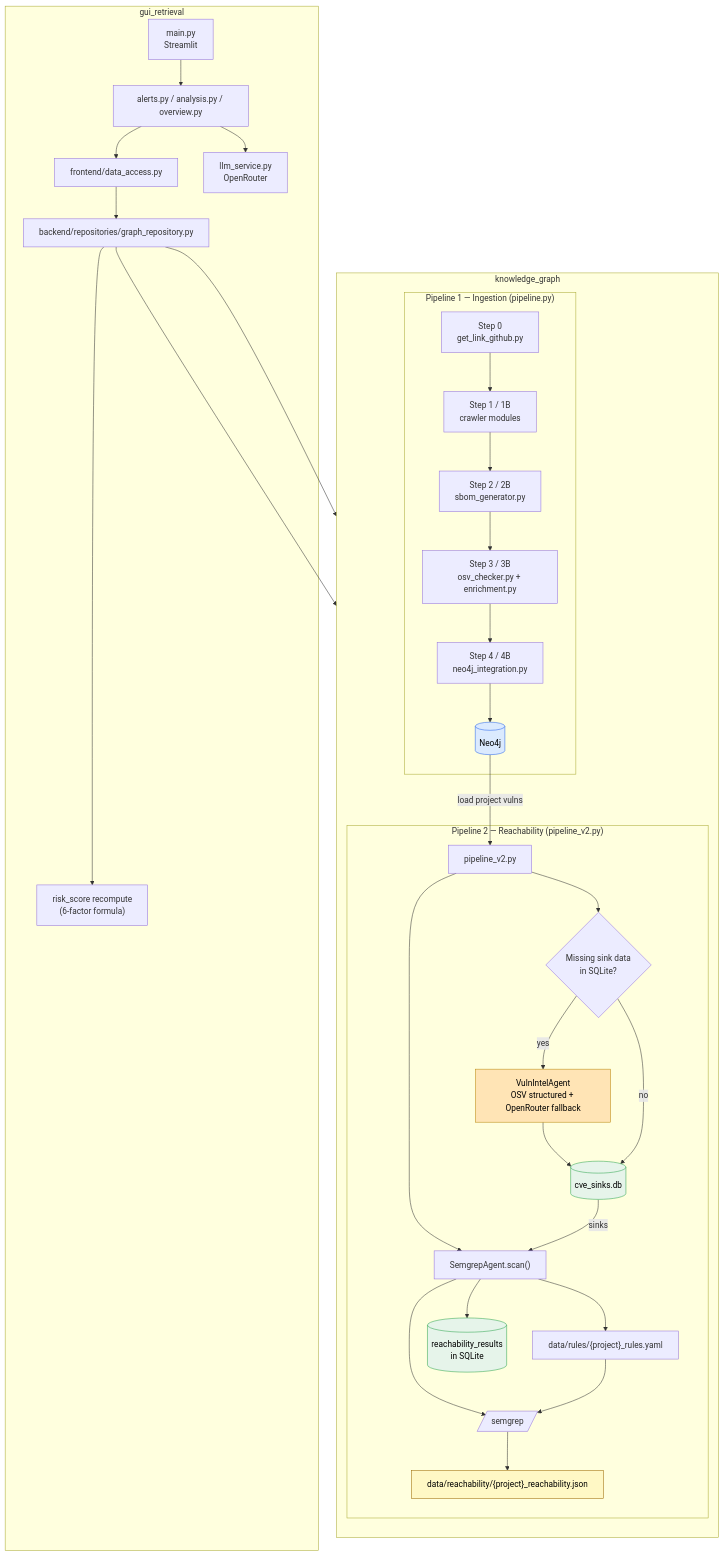
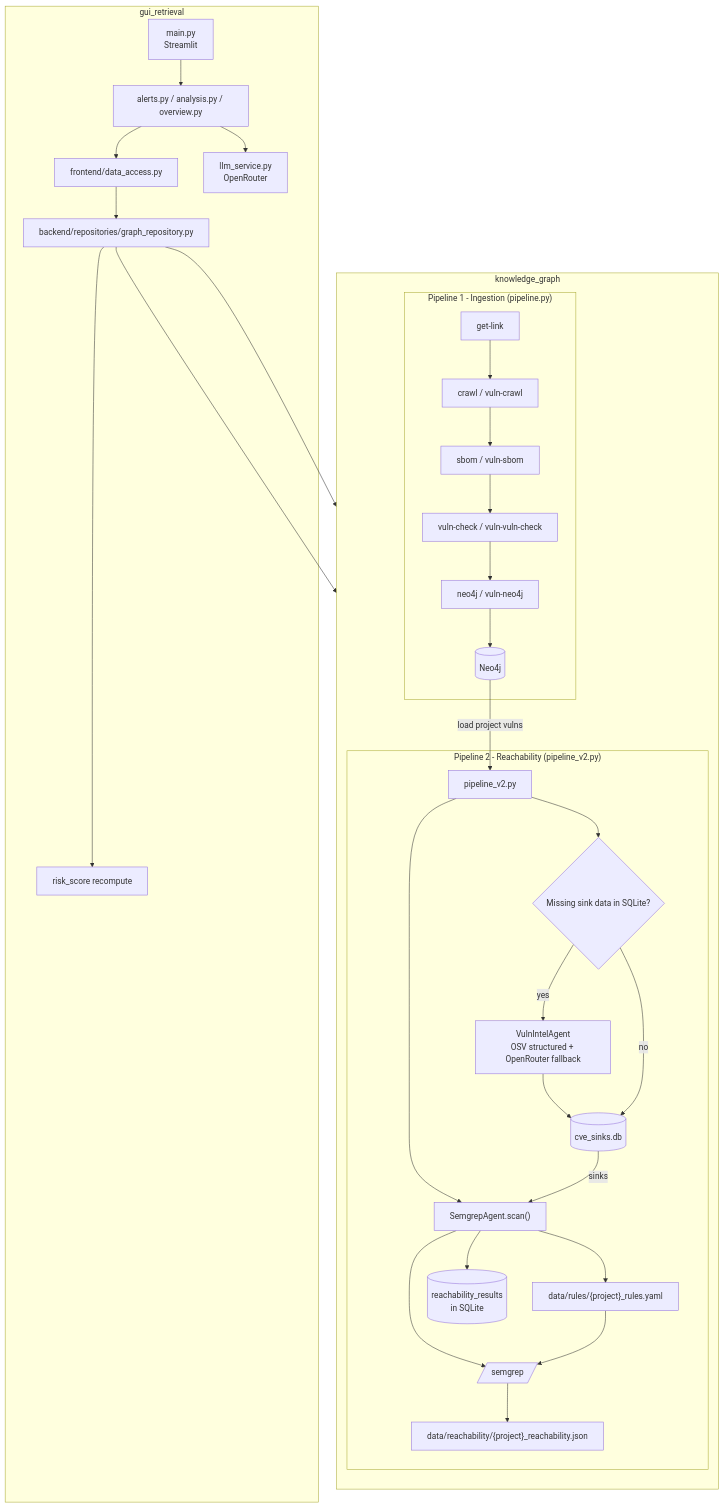
The diagram in codebase_analysis.md (Sskadii1/SBOM), drawn with Mermaid before and after one commit. The commit also changed other lines of this file, not shown here.

````diff
--- a/codebase_analysis.md
+++ b/codebase_analysis.md
@@ -276,45 +427,39 @@
 ```mermaid
 flowchart TD
     subgraph KG["knowledge_graph"]
         direction TB
 
-        subgraph ING["Pipeline 1 — Ingestion (pipeline.py)"]
-            P0["Step 0\nget_link_github.py"] --> P1["Step 1 / 1B\ncrawler modules"]
-            P1 --> P2["Step 2 / 2B\nsbom_generator.py"]
-            P2 --> P3["Step 3 / 3B\nosv_checker.py + enrichment.py"]
-            P3 --> P4["Step 4 / 4B\nneo4j_integration.py"]
+        subgraph ING["Pipeline 1 - Ingestion (pipeline.py)"]
+            P0["get-link"] --> P1["crawl / vuln-crawl"]
+            P1 --> P2["sbom / vuln-sbom"]
+            P2 --> P3["vuln-check / vuln-vuln-check"]
+            P3 --> P4["neo4j / vuln-neo4j"]
             P4 --> DB[("Neo4j")]
         end
 
-        subgraph REACH["Pipeline 2 — Reachability (pipeline_v2.py)"]
+        subgraph REACH["Pipeline 2 - Reachability (pipeline_v2.py)"]
             DB -->|"load project vulns"| PV2["pipeline_v2.py"]
-            PV2 --> MISS{"Missing sink data\nin SQLite?"}
+            PV2 --> MISS{"Missing sink data in SQLite?"}
             MISS -->|"yes"| VIA["VulnIntelAgent\nOSV structured + OpenRouter fallback"]
             VIA --> SINKDB[("cve_sinks.db")]
             MISS -->|"no"| SINKDB
             PV2 --> SGA["SemgrepAgent.scan()"]
             SINKDB -->|"sinks"| SGA
             SGA --> RULES["data/rules/{project}_rules.yaml"]
             SGA --> SEM[/"semgrep"/]
             RULES --> SEM
             SEM --> RF["data/reachability/{project}_reachability.json"]
             SGA --> RDB[("reachability_results\nin SQLite")]
         end
     end
 
     subgraph GUI["gui_retrieval"]
         MAIN["main.py\nStreamlit"] --> VIEWS["alerts.py / analysis.py / overview.py"]
         VIEWS --> DA["frontend/data_access.py"]
         DA --> REPO["backend/repositories/graph_repository.py"]
         REPO --> DB
         REPO --> RF
-        REPO --> RISK["risk_score recompute\n(6-factor formula)"]
+        REPO --> RISK["risk_score recompute"]
         VIEWS --> LLM["llm_service.py\nOpenRouter"]
     end
-
-    style VIA fill:#ffe4b5,stroke:#b8860b,color:#000
-    style SINKDB fill:#e6f4ea,stroke:#2da44e,color:#000
-    style RDB fill:#e6f4ea,stroke:#2da44e,color:#000
-    style DB fill:#dbeafe,stroke:#2563eb,color:#000
-    style RF fill:#fff8c5,stroke:#9a6700,color:#000
 ```
````
